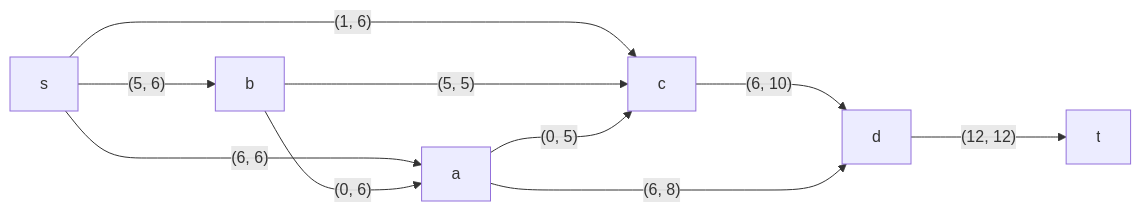
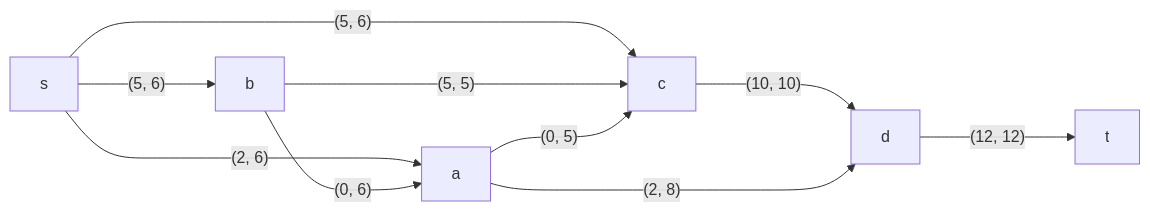
Before and after one commit to HSE-algo-23-owl/manual_tasks: diagram 20 of 20 in task_15/AlgoWizards.md, drawn with Mermaid. The commit also changed other lines of this file, not shown here.

````diff
--- a/task_15/AlgoWizards.md
+++ b/task_15/AlgoWizards.md
@@ -458,20 +544,20 @@
 ```mermaid
 graph LR
-    s--->|"(6, 6)"|a
+    s--->|"(2, 6)"|a
 
     s--->|"(5, 6)"|b
 
-    s--->|"(1, 6)"|c
+    s--->|"(5, 6)"|c
 
     b--->|"(0, 6)"|a
 
     b--->|"(5, 5)"|c
 
-    c--->|"(6, 10)"|d
+    c--->|"(10, 10)"|d
 
     a--->|"(0, 5)"|c
 
-    a--->|"(6, 8)"|d
+    a--->|"(2, 8)"|d
 
     d--->|"(12, 12)"|t
 ```
````
